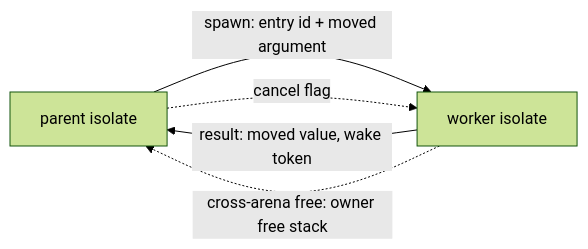
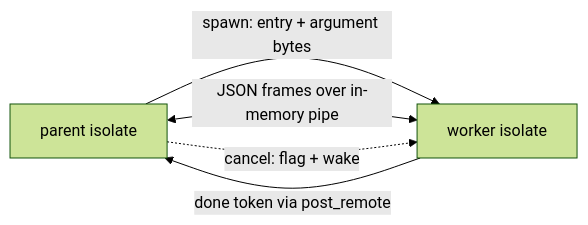
Before and after one commit to manuscript-lang/manuscript: the diagram in proposals/worker-threads.md, drawn with Mermaid (forest theme). The commit also changed other lines of this file and 45 other files, not shown here.

First line of the commit message:
Add worker threads: isolates, in-memory pipes, WorkerGroup (#1181)

````diff
--- a/proposals/worker-threads.md
+++ b/proposals/worker-threads.md
@@ -103,7 +81,7 @@
 ```mermaid
 flowchart LR
-  P[parent isolate] -- spawn: entry id + moved argument --> W[worker isolate]
-  W -- result: moved value, wake token --> P
-  W -. cross-arena free: owner free stack .-> P
-  P -. cancel flag .-> W
+  P[parent isolate] -- spawn: entry + argument bytes --> W[worker isolate]
+  P <-- JSON frames over in-memory pipe --> W
+  W -- done token via post_remote --> P
+  P -. cancel: flag + wake .-> W
 ```
````
